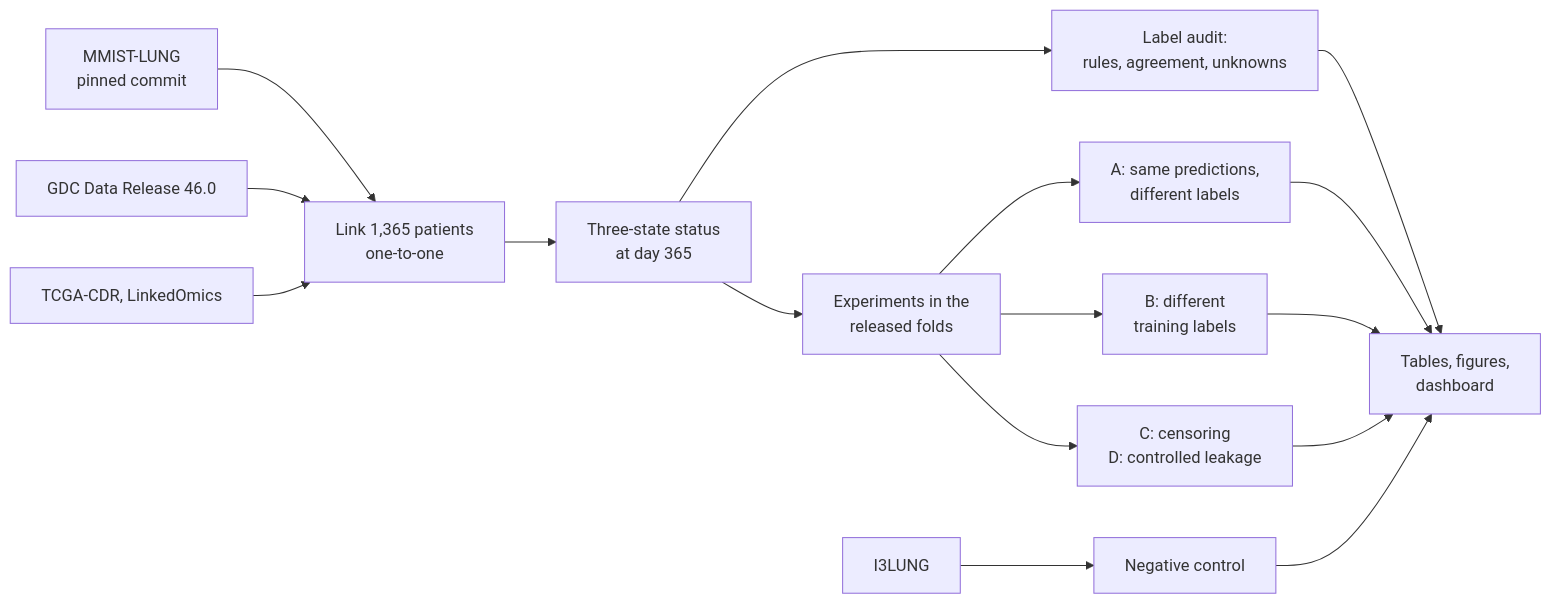
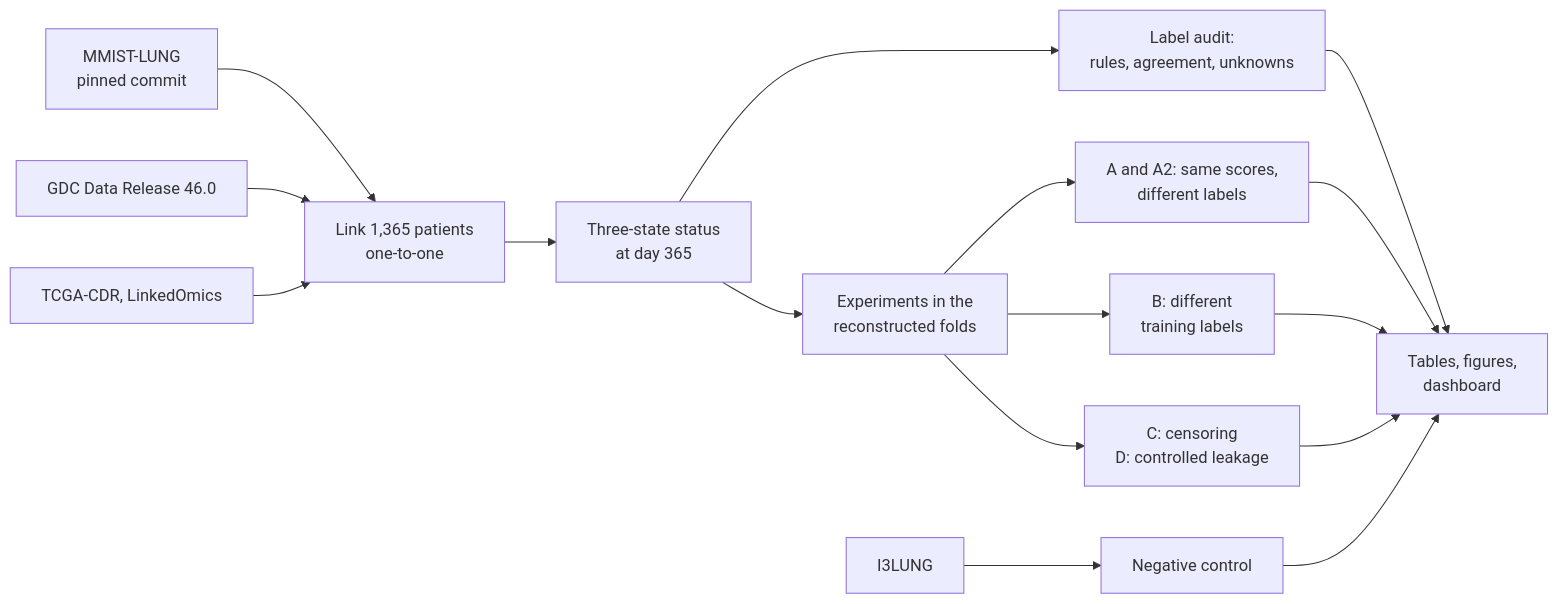
Before and after one commit to Isaac25-lgtm/lung-cancer-ml-survival-audit: the diagram in README.md, drawn with Mermaid. The commit also changed other lines of this file and 13 other files, not shown here.

````diff
--- a/README.md
+++ b/README.md
@@ -142,18 +238,18 @@
 ```mermaid
 flowchart LR
     A[MMIST-LUNG<br>pinned commit] --> D[Link 1,365 patients<br>one-to-one]
     B[GDC Data Release 46.0] --> D
     C[TCGA-CDR, LinkedOmics] --> D
     D --> E[Three-state status<br>at day 365]
     E --> F[Label audit:<br>rules, agreement, unknowns]
-    E --> G[Experiments in the<br>released folds]
-    G --> H[A: same predictions,<br>different labels]
+    E --> G[Experiments in the<br>reconstructed folds]
+    G --> H[A and A2: same scores,<br>different labels]
     G --> I[B: different<br>training labels]
     G --> J[C: censoring<br>D: controlled leakage]
     K[I3LUNG] --> L[Negative control]
     F --> M[Tables, figures,<br>dashboard]
     H --> M
     I --> M
     J --> M
     L --> M
 ```
````
